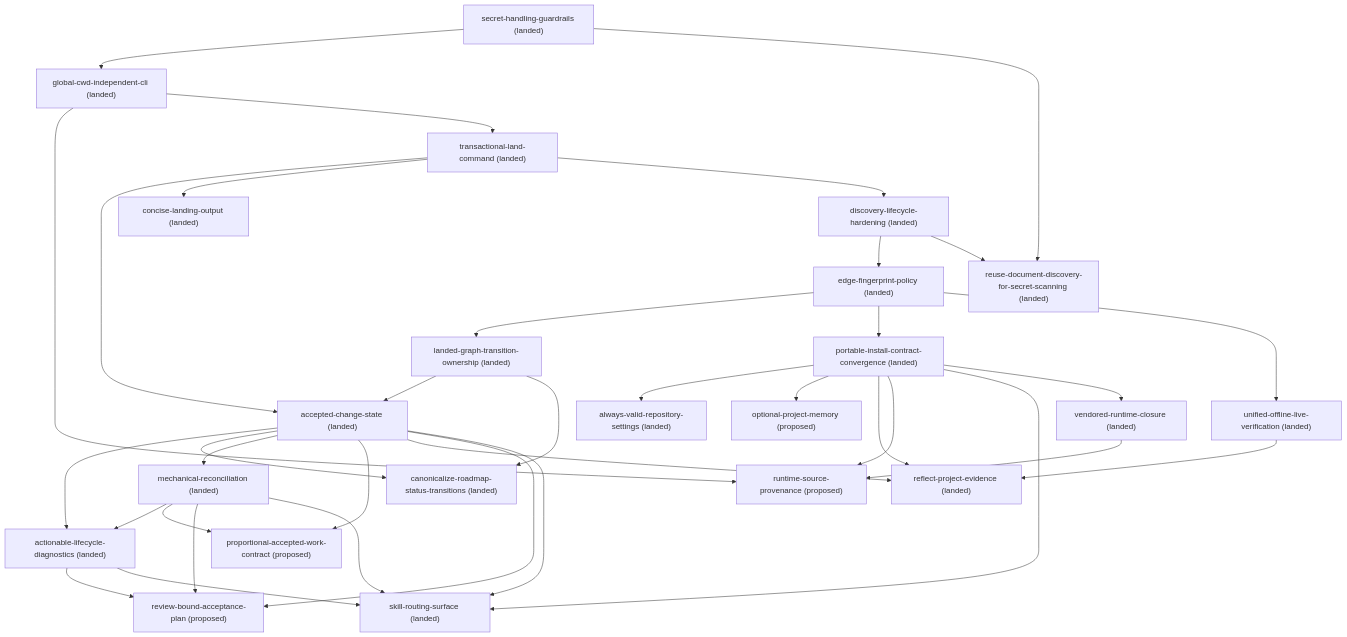
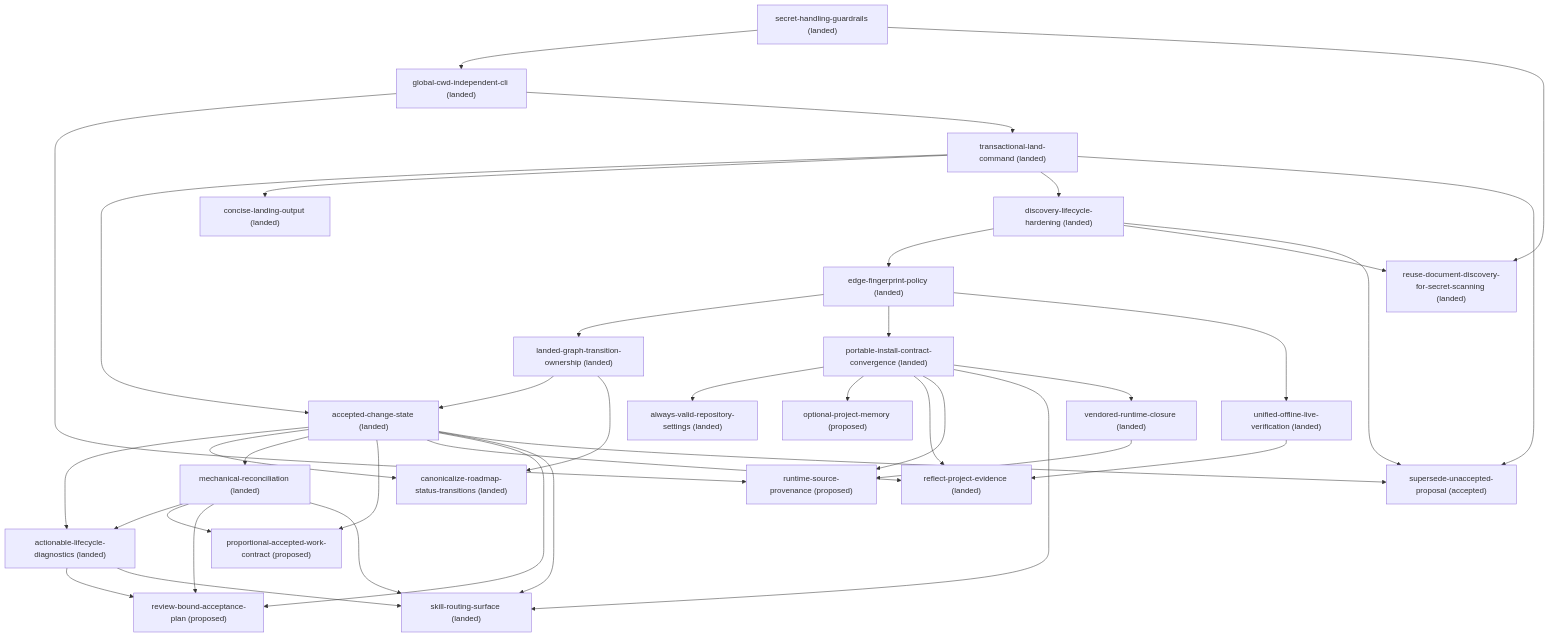
The diagram in docs/roadmap.md (kli66/doc-contract), drawn with Mermaid before and after one commit. The commit also changed other lines of this file and 1 other file, not shown here.

Commit message:
docs(changes): accept supersede-unaccepted-proposal

````diff
--- a/docs/roadmap.md
+++ b/docs/roadmap.md
@@ -57,60 +57,64 @@
 ```mermaid
 flowchart TD
     accepted_change_state["accepted-change-state (landed)"]
     actionable_lifecycle_diagnostics["actionable-lifecycle-diagnostics (landed)"]
     always_valid_repository_settings["always-valid-repository-settings (landed)"]
     canonicalize_roadmap_status_transitions["canonicalize-roadmap-status-transitions (landed)"]
     concise_landing_output["concise-landing-output (landed)"]
     discovery_lifecycle_hardening["discovery-lifecycle-hardening (landed)"]
     edge_fingerprint_policy["edge-fingerprint-policy (landed)"]
     global_cwd_independent_cli["global-cwd-independent-cli (landed)"]
     landed_graph_transition_ownership["landed-graph-transition-ownership (landed)"]
     mechanical_reconciliation["mechanical-reconciliation (landed)"]
     optional_project_memory["optional-project-memory (proposed)"]
     portable_install_contract_convergence["portable-install-contract-convergence (landed)"]
     proportional_accepted_work_contract["proportional-accepted-work-contract (proposed)"]
     reflect_project_evidence["reflect-project-evidence (landed)"]
     reuse_document_discovery_for_secret_scanning["reuse-document-discovery-for-secret-scanning (landed)"]
     review_bound_acceptance_plan["review-bound-acceptance-plan (proposed)"]
     runtime_source_provenance["runtime-source-provenance (proposed)"]
     secret_handling_guardrails["secret-handling-guardrails (landed)"]
     skill_routing_surface["skill-routing-surface (landed)"]
+    supersede_unaccepted_proposal["supersede-unaccepted-proposal (accepted)"]
     transactional_land_command["transactional-land-command (landed)"]
     unified_offline_live_verification["unified-offline-live-verification (landed)"]
     vendored_runtime_closure["vendored-runtime-closure (landed)"]
     accepted_change_state --> actionable_lifecycle_diagnostics
     accepted_change_state --> canonicalize_roadmap_status_transitions
     accepted_change_state --> mechanical_reconciliation
     accepted_change_state --> proportional_accepted_work_contract
     accepted_change_state --> reflect_project_evidence
     accepted_change_state --> review_bound_acceptance_plan
     accepted_change_state --> skill_routing_surface
+    accepted_change_state --> supersede_unaccepted_proposal
     actionable_lifecycle_diagnostics --> review_bound_acceptance_plan
     actionable_lifecycle_diagnostics --> skill_routing_surface
     discovery_lifecycle_hardening --> edge_fingerprint_policy
     discovery_lifecycle_hardening --> reuse_document_discovery_for_secret_scanning
+    discovery_lifecycle_hardening --> supersede_unaccepted_proposal
     edge_fingerprint_policy --> landed_graph_transition_ownership
     edge_fingerprint_policy --> portable_install_contract_convergence
     edge_fingerprint_policy --> unified_offline_live_verification
     global_cwd_independent_cli --> runtime_source_provenance
     global_cwd_independent_cli --> transactional_land_command
     landed_graph_transition_ownership --> accepted_change_state
     landed_graph_transition_ownership --> canonicalize_roadmap_status_transitions
     mechanical_reconciliation --> actionable_lifecycle_diagnostics
     mechanical_reconciliation --> proportional_accepted_work_contract
     mechanical_reconciliation --> review_bound_acceptance_plan
     mechanical_reconciliation --> skill_routing_surface
     portable_install_contract_convergence --> always_valid_repository_settings
     portable_install_contract_convergence --> optional_project_memory
     portable_install_contract_convergence --> reflect_project_evidence
     portable_install_contract_convergence --> runtime_source_provenance
     portable_install_contract_convergence --> skill_routing_surface
     portable_install_contract_convergence --> vendored_runtime_closure
     secret_handling_guardrails --> global_cwd_independent_cli
     secret_handling_guardrails --> reuse_document_discovery_for_secret_scanning
     transactional_land_command --> accepted_change_state
     transactional_land_command --> concise_landing_output
     transactional_land_command --> discovery_lifecycle_hardening
+    transactional_land_command --> supersede_unaccepted_proposal
     unified_offline_live_verification --> reflect_project_evidence
     vendored_runtime_closure --> runtime_source_provenance
 ```
````
